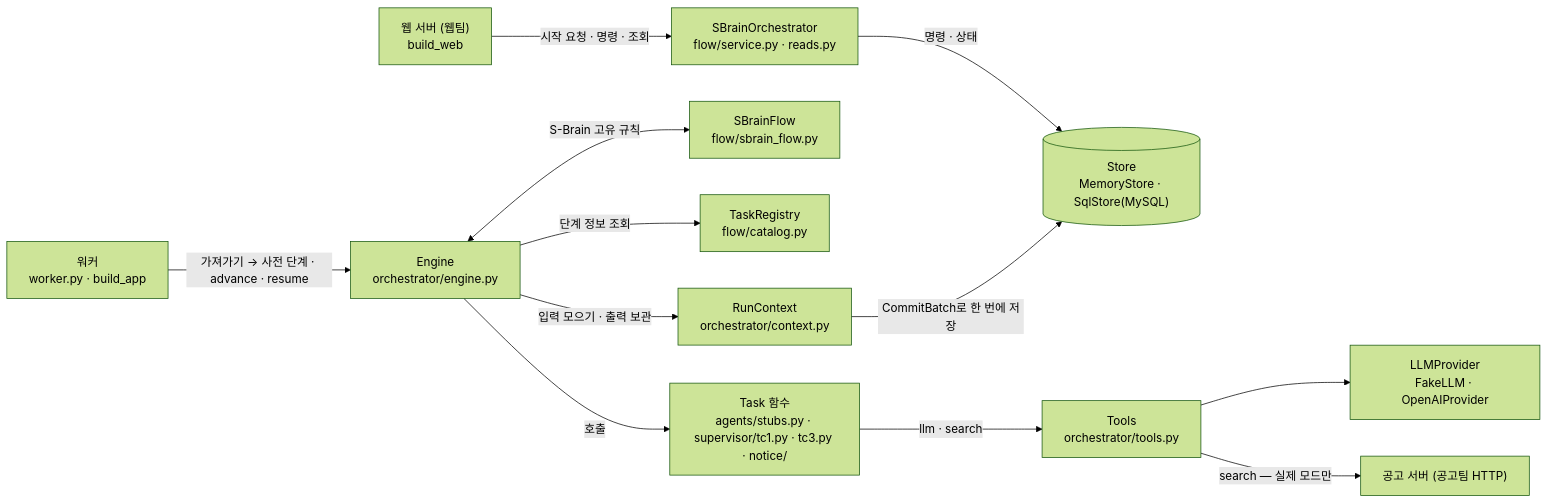
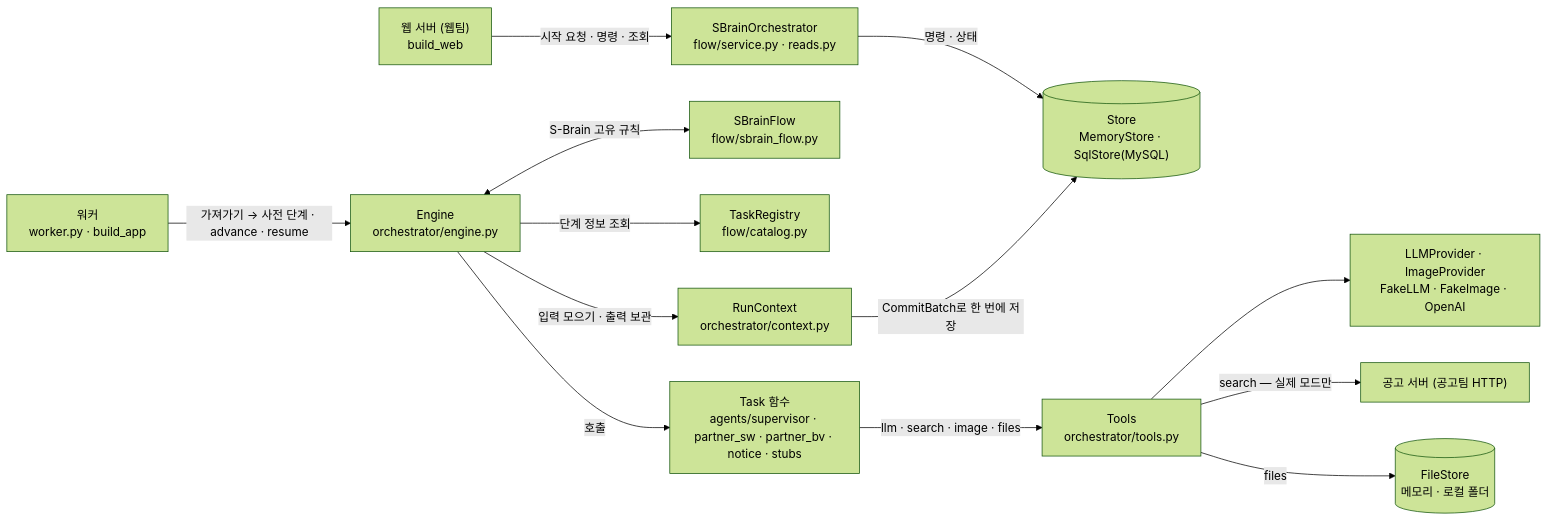
Before and after one commit to SKNETWORKS-FAMILY-AICAMP/SKN32-FINAL-1TEAM: the second of 2 diagrams in agent-orchestration/README.md, drawn with Mermaid (forest theme). The commit also changed other lines of this file and 291 other files, not shown here.

````diff
--- a/agent-orchestration/README.md
+++ b/agent-orchestration/README.md
@@ -466,14 +475,15 @@
 ```mermaid
 flowchart LR
   Web["웹 서버 (웹팀)<br/>build_web"] -->|"시작 요청 · 명령 · 조회"| Svc["SBrainOrchestrator<br/>flow/service.py · reads.py"]
   Wk["워커<br/>worker.py · build_app"] -->|"가져가기 → 사전 단계 · advance · resume"| Eng["Engine<br/>orchestrator/engine.py"]
   Svc -->|명령 · 상태| Store
   Eng <-->|S-Brain 고유 규칙| Flow["SBrainFlow<br/>flow/sbrain_flow.py"]
   Eng -->|단계 정보 조회| Reg["TaskRegistry<br/>flow/catalog.py"]
   Eng -->|"입력 모으기 · 출력 보관"| Ctx["RunContext<br/>orchestrator/context.py"]
   Ctx -->|"CommitBatch로 한 번에 저장"| Store[("Store<br/>MemoryStore · SqlStore(MySQL)")]
-  Eng -->|호출| Fn["Task 함수<br/>agents/stubs.py · supervisor/tc1.py · tc3.py · notice/"]
-  Fn -->|"llm · search"| Tools["Tools<br/>orchestrator/tools.py"]
-  Tools --> Prov["LLMProvider<br/>FakeLLM · OpenAIProvider"]
+  Eng -->|호출| Fn["Task 함수<br/>agents/supervisor · partner_sw · partner_bv · notice · stubs"]
+  Fn -->|"llm · search · image · files"| Tools["Tools<br/>orchestrator/tools.py"]
+  Tools --> Prov["LLMProvider · ImageProvider<br/>FakeLLM · FakeImage · OpenAI"]
   Tools -->|"search — 실제 모드만"| NS["공고 서버 (공고팀 HTTP)"]
+  Tools -->|files| FS[("FileStore<br/>메모리 · 로컬 폴더")]
 ```
````
